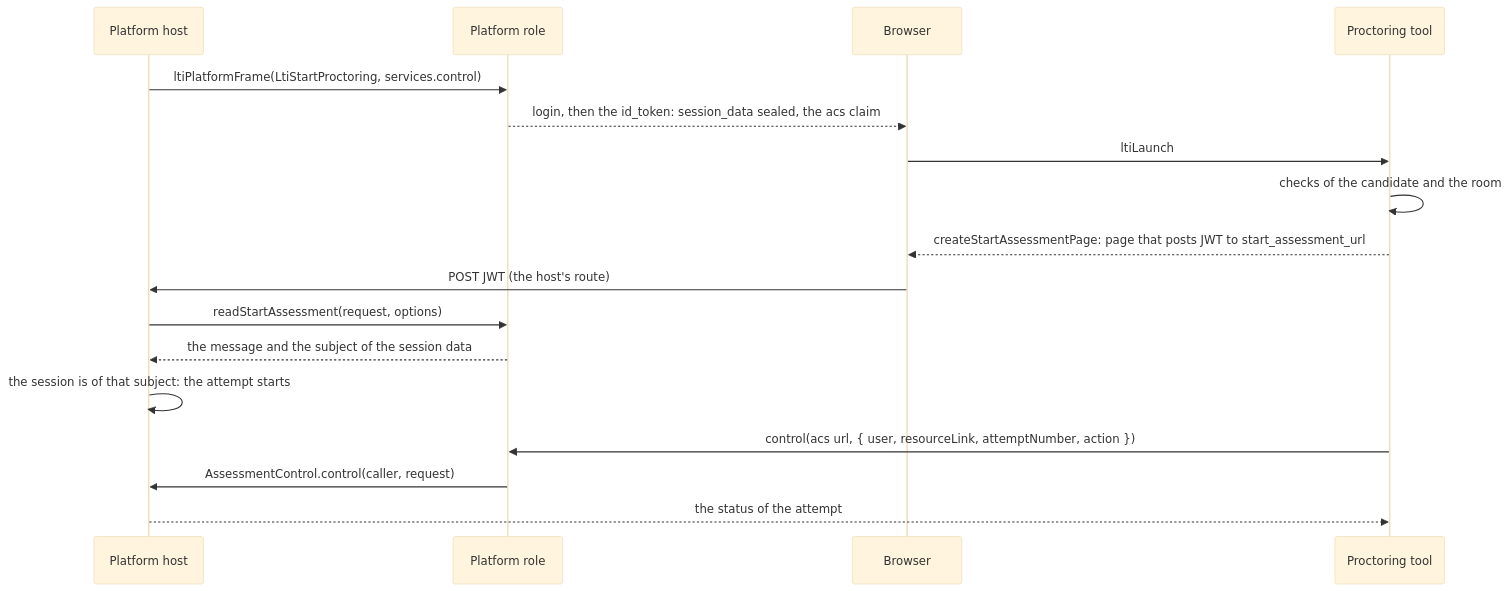
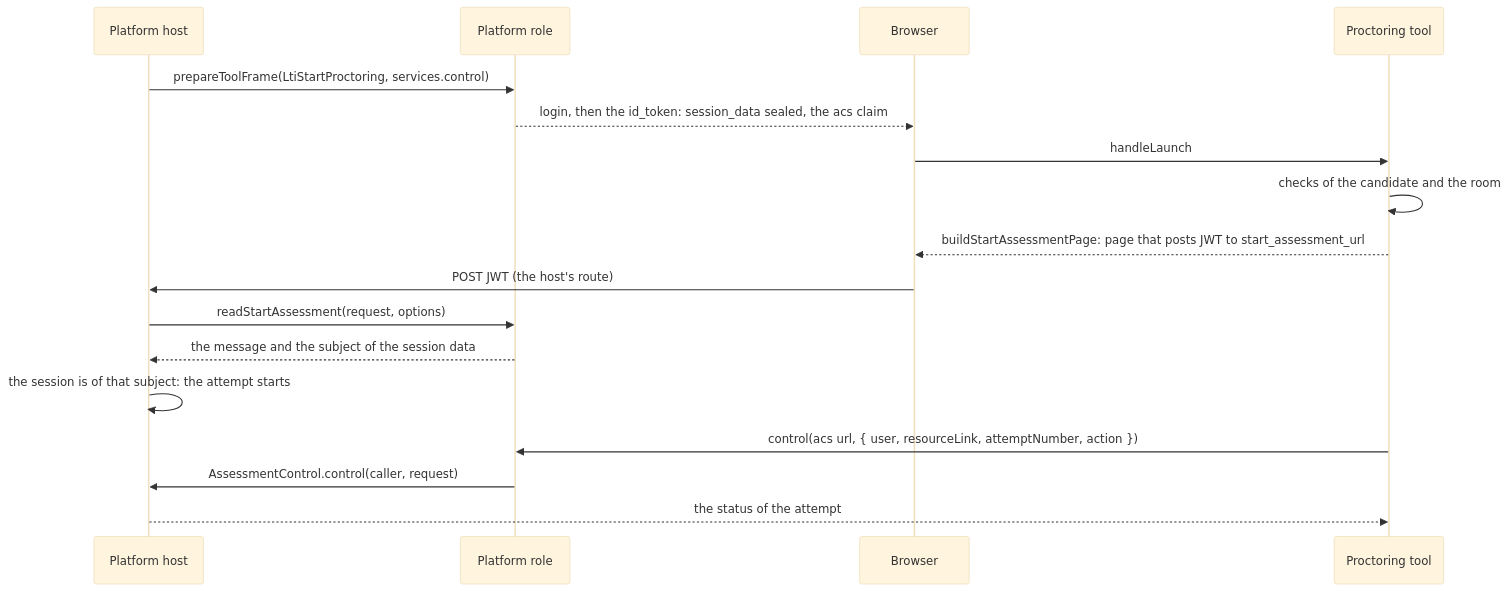
Before and after one commit to interopkit/interopkit: the diagram in docs/tool-integration/proctoring.md, drawn with Mermaid (base theme). The commit also changed other lines of this file and 368 other files, not shown here.

````diff
--- a/docs/tool-integration/proctoring.md
+++ b/docs/tool-integration/proctoring.md
@@ -11,19 +11,19 @@
 ```mermaid
 sequenceDiagram
   participant H as Platform host
   participant P as Platform role
   participant B as Browser
   participant T as Proctoring tool
-  H->>P: ltiPlatformFrame(LtiStartProctoring, services.control)
+  H->>P: prepareToolFrame(LtiStartProctoring, services.control)
   P-->>B: login, then the id_token: session_data sealed, the acs claim
-  B->>T: ltiLaunch
+  B->>T: handleLaunch
   T->>T: checks of the candidate and the room
-  T-->>B: createStartAssessmentPage: page that posts JWT to start_assessment_url
+  T-->>B: buildStartAssessmentPage: page that posts JWT to start_assessment_url
   B->>H: POST JWT (the host's route)
   H->>P: readStartAssessment(request, options)
   P-->>H: the message and the subject of the session data
   H->>H: the session is of that subject: the attempt starts
   T->>P: control(acs url, { user, resourceLink, attemptNumber, action })
   P->>H: AssessmentControl.control(caller, request)
   H-->>T: the status of the attempt
 ```
````
